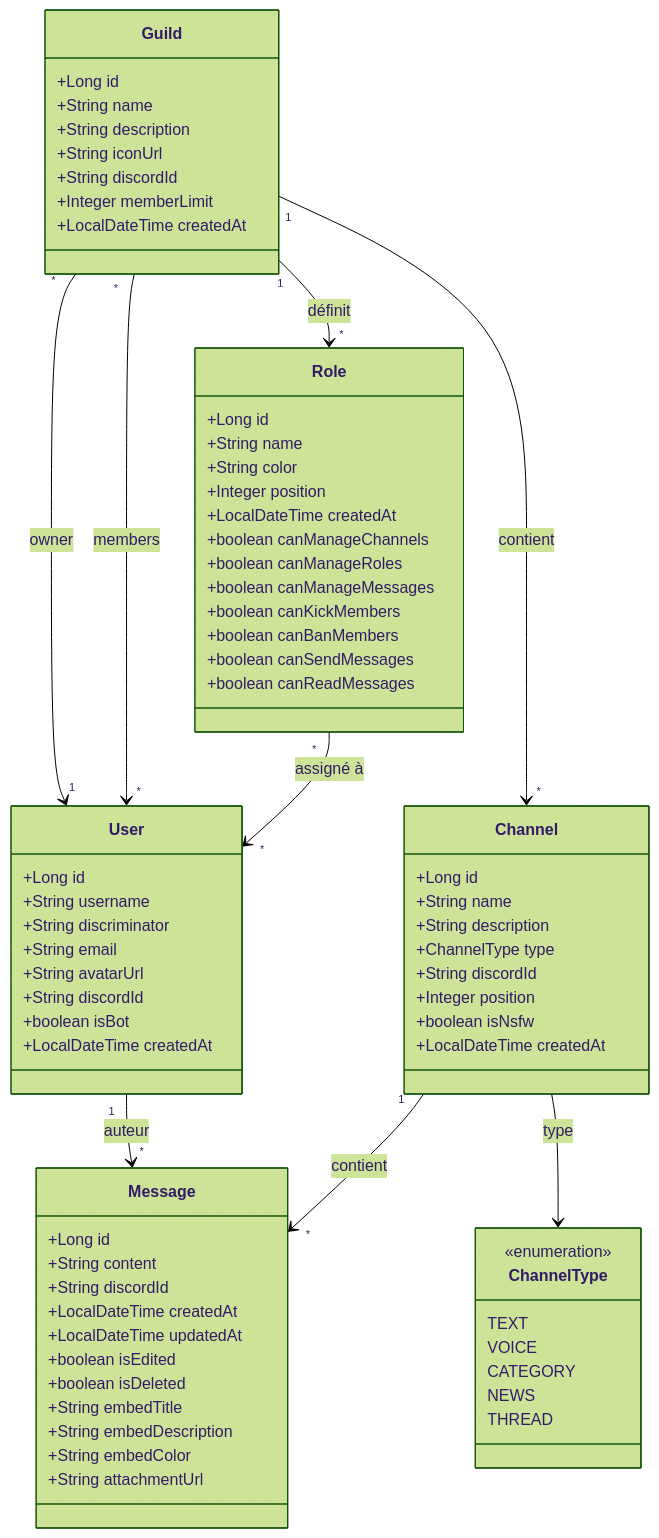
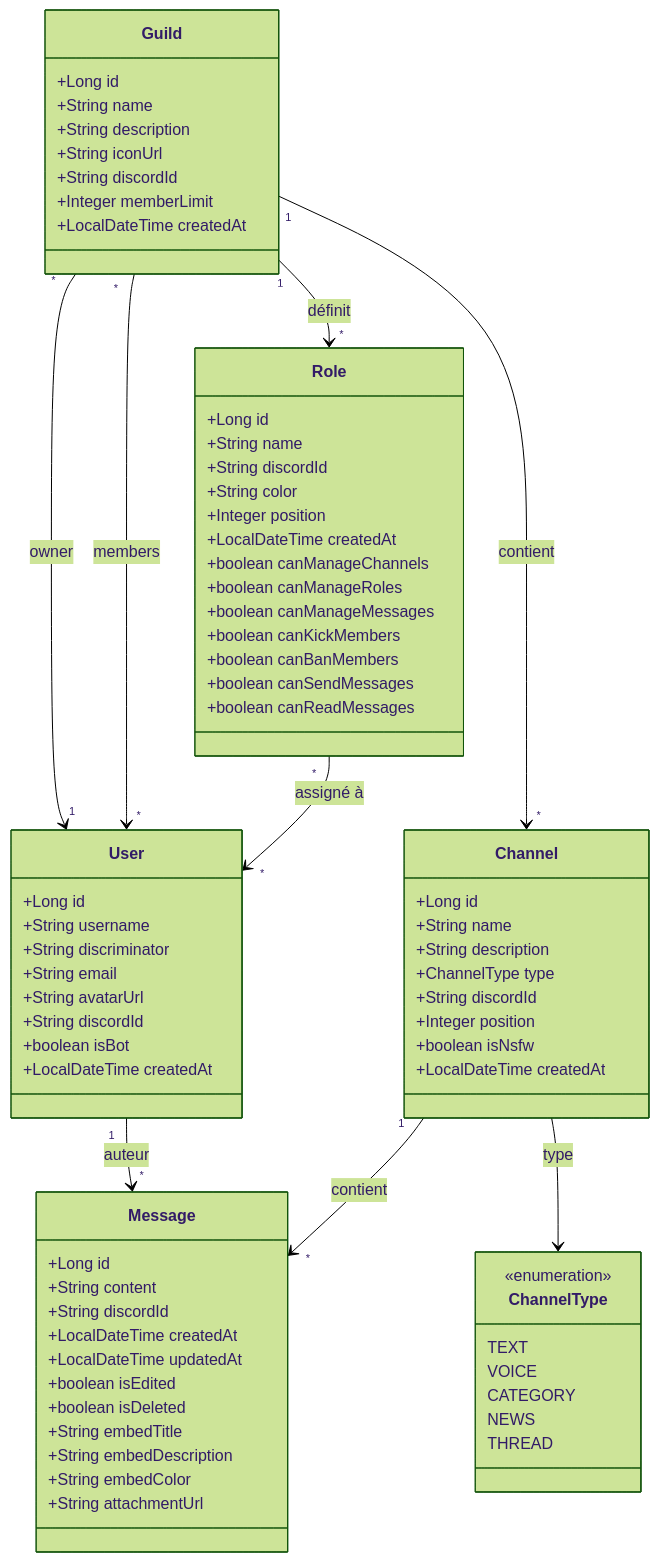
Before and after one commit to DPTINFO-M2-2026/tp-fil-rouge-YacineCC: the diagram in docs/ENTITY_MODEL.md, drawn with Mermaid (forest theme). The commit also changed 3 other files, not shown here.

````diff
--- a/docs/ENTITY_MODEL.md
+++ b/docs/ENTITY_MODEL.md
@@ -5,81 +5,82 @@
 ```mermaid
 classDiagram
     class User {
         +Long id
         +String username
         +String discriminator
         +String email
         +String avatarUrl
         +String discordId
         +boolean isBot
         +LocalDateTime createdAt
     }
     
     class Guild {
         +Long id
         +String name
         +String description
         +String iconUrl
         +String discordId
         +Integer memberLimit
         +LocalDateTime createdAt
     }
     
     class Channel {
         +Long id
         +String name
         +String description
         +ChannelType type
         +String discordId
         +Integer position
         +boolean isNsfw
         +LocalDateTime createdAt
     }
     
     class Role {
         +Long id
         +String name
+        +String discordId
         +String color
         +Integer position
         +LocalDateTime createdAt
         +boolean canManageChannels
         +boolean canManageRoles
         +boolean canManageMessages
         +boolean canKickMembers
         +boolean canBanMembers
         +boolean canSendMessages
         +boolean canReadMessages
     }
     
     class Message {
         +Long id
         +String content
         +String discordId
         +LocalDateTime createdAt
         +LocalDateTime updatedAt
         +boolean isEdited
         +boolean isDeleted
         +String embedTitle
         +String embedDescription
         +String embedColor
         +String attachmentUrl
     }
     
     class ChannelType {
         <<enumeration>>
         TEXT
         VOICE
         CATEGORY
         NEWS
         THREAD
     }
     
     Guild "1" --> "*" Channel : contient
     Guild "1" --> "*" Role : définit
     Guild "*" --> "1" User : owner
     Guild "*" --> "*" User : members
     User "1" --> "*" Message : auteur
     Channel "1" --> "*" Message : contient
     Role "*" --> "*" User : assigné à
     Channel --> ChannelType : type
 ```
````
